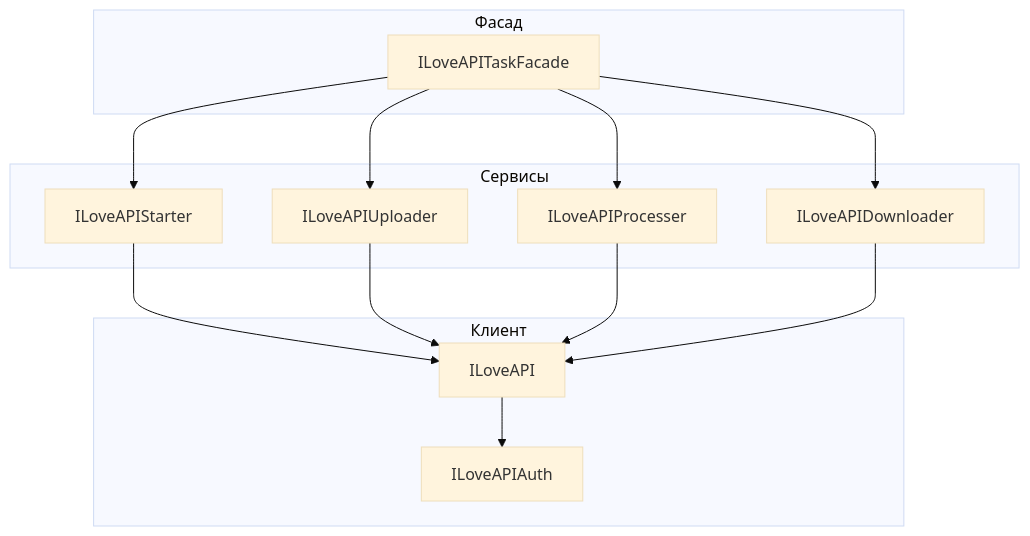
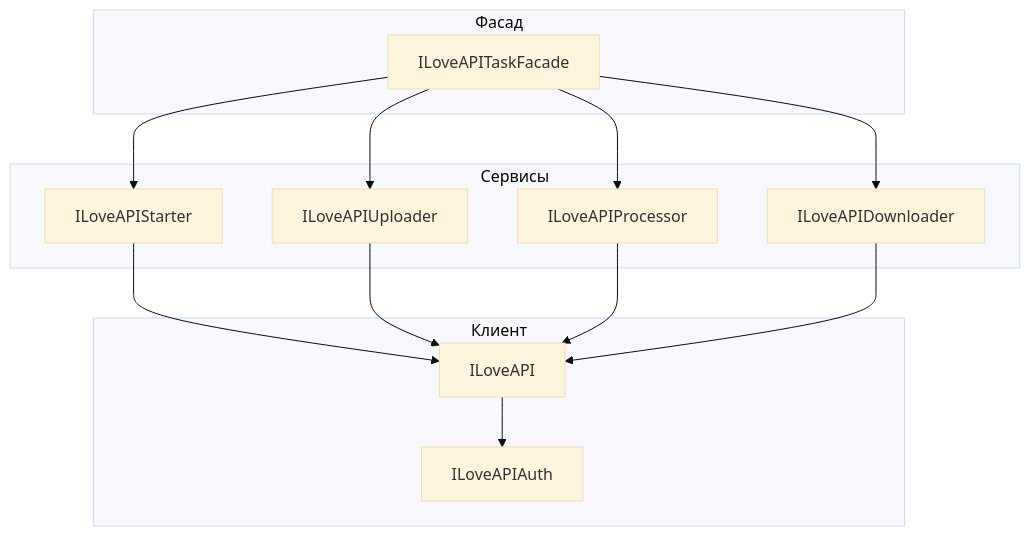
Before and after one commit to EvgeniyWis/FooocusBot: the diagram in bot/services/iloveapi/README.md, drawn with Mermaid (base theme). The commit also changed 6 other files, not shown here.

````diff
--- a/bot/services/iloveapi/README.md
+++ b/bot/services/iloveapi/README.md
@@ -51,25 +51,25 @@
 ```mermaid
 flowchart TD
     subgraph "Фасад"
         A[ILoveAPITaskFacade]
     end
     subgraph "Сервисы"
         B[ILoveAPIStarter]
         C[ILoveAPIUploader]
-        D[ILoveAPIProcesser]
+        D[ILoveAPIProcessor]
         E[ILoveAPIDownloader]
     end
     subgraph "Клиент"
         F[ILoveAPI]
         G[ILoveAPIAuth]
     end
     A --> B
     A --> C
     A --> D
     A --> E
     B --> F
     C --> F
     D --> F
     E --> F
     F --> G
 ``` 
````
